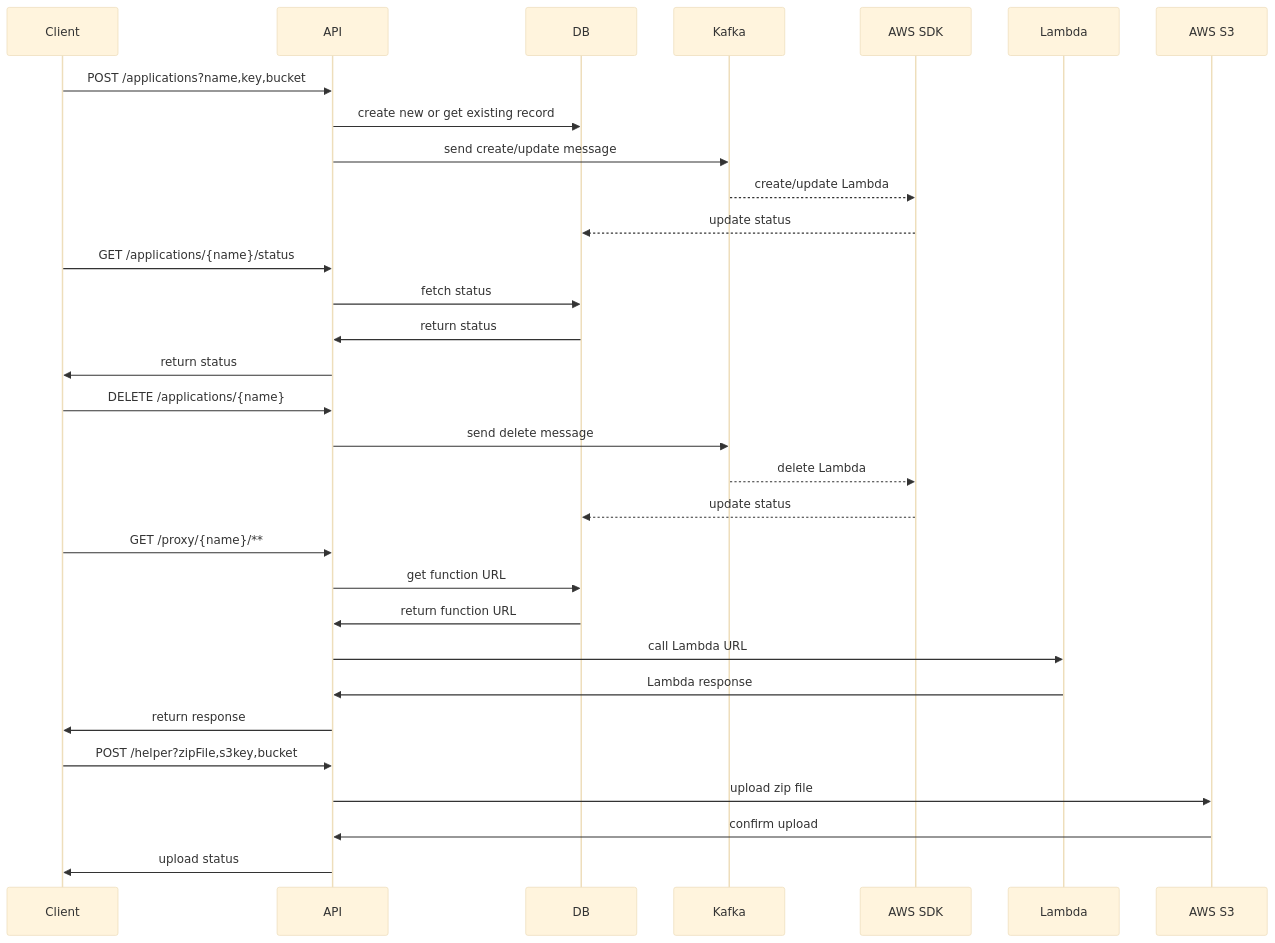
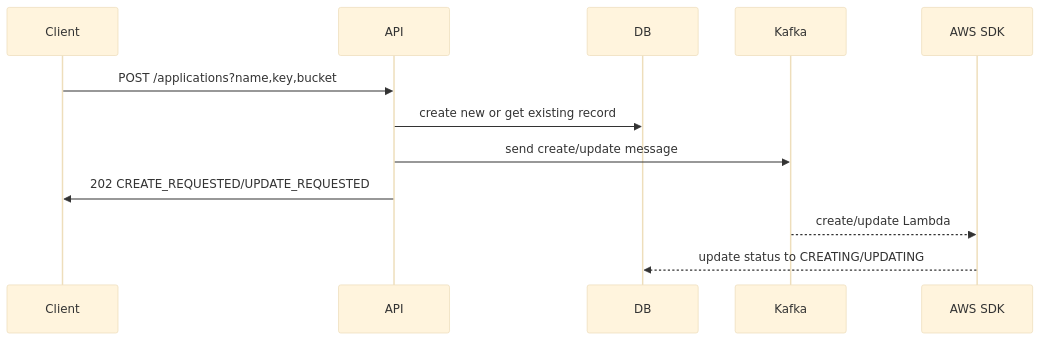
The first of 5 diagrams in README.md (sergei-vorobev-personal/deploymentmanager), drawn with Mermaid (base theme) before and after one commit. The commit also changed other lines of this file, not shown here.

````diff
--- a/README.md
+++ b/README.md
@@ -13,37 +13,15 @@
 ```mermaid
 sequenceDiagram
   participant Client
   participant API
   participant DB
   participant Kafka
   participant AwsSDK as AWS SDK
-  participant Lambda
 %% 1) Create or update application
   Client ->> API: POST /applications?name,key,bucket
   API ->> DB: create new or get existing record
   API ->> Kafka: send create/update message
+  API ->> Client: 202 CREATE_REQUESTED/UPDATE_REQUESTED
   Kafka -->> AwsSDK: create/update Lambda
-  AwsSDK -->> DB: update status
-%% 2) Get application status
-  Client ->> API: GET /applications/{name}/status
-  API ->> DB: fetch status
-  DB ->> API: return status
-  API ->> Client: return status
-%% 3) Delete application
-  Client ->> API: DELETE /applications/{name}
-  API ->> Kafka: send delete message
-  Kafka -->> AwsSDK: delete Lambda
-  AwsSDK -->> DB: update status
-%% 4) Invoke Lambda via API URL
-  Client ->> API: GET /proxy/{name}/**
-  API ->> DB: get function URL
-  DB ->> API: return function URL
-  API ->> Lambda: call Lambda URL
-  Lambda ->> API: Lambda response
-  API ->> Client: return response
-%% 5) Upload helper
-  Client ->> API: POST /helper?zipFile,s3key,bucket
-  API ->> AWS S3: upload zip file
-  AWS S3 ->> API: confirm upload
-  API ->> Client: upload status
+  AwsSDK -->> DB: update status to CREATING/UPDATING
 ```
````
